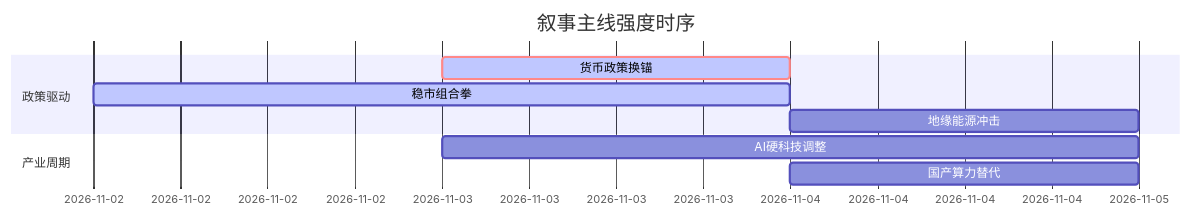
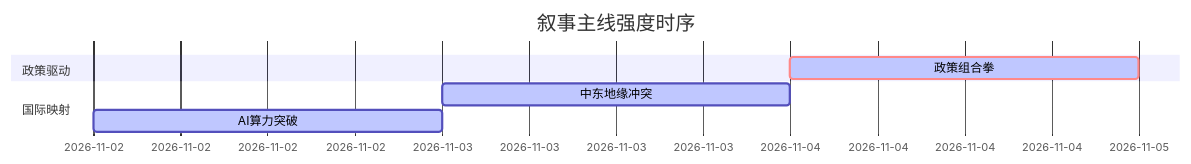
The diagram in 5day_report.md (uu5zn/uu5zn.github.io), drawn with Mermaid before and after one commit. The commit also changed other lines of this file and 22 other files, not shown here.

````diff
--- a/5day_report.md
+++ b/5day_report.md
@@ -58,13 +57,10 @@
 ```mermaid
 gantt
     title 叙事主线强度时序
     dateFormat  YYYY-MM-DD
     section 政策驱动
-    货币政策换锚   :crit, active, 2026-11-03, 1d
-    稳市组合拳     :active, 2026-11-02, 2d
-    地缘能源冲击   :2026-11-04, 1d
-    
-    section 产业周期
-    AI硬科技调整  :2026-11-03, 2d
-    国产算力替代  :2026-11-04, 1d
+    政策组合拳   :crit, active, 2026-11-04, 1d
+    section 国际映射
+    中东地缘冲突 :active, 2026-11-03, 1d
+    AI算力突破    :active, 2026-11-02, 1d
 ```
````
